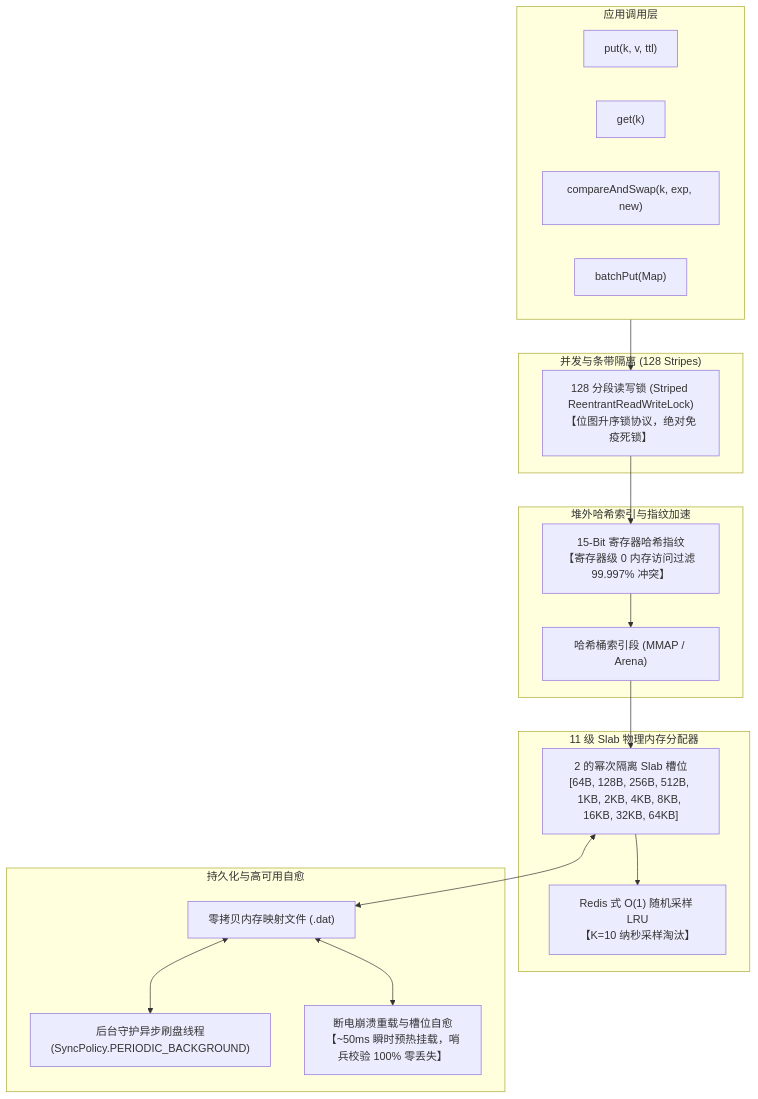
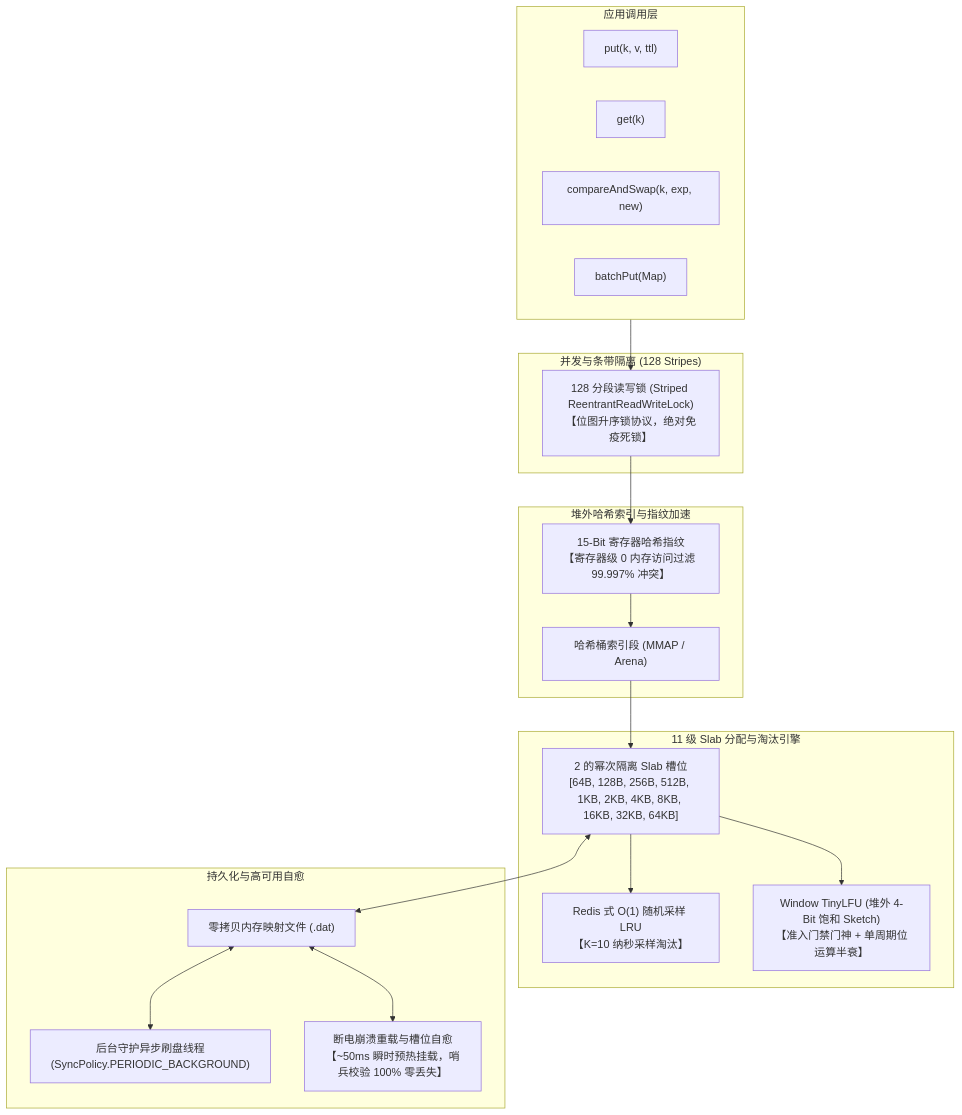
One commit to liam1024-tech/offheap-store changed the diagram in README_CN.md. Above: the diagram before and after it, drawn with Mermaid. The commit also changed other lines of this file and 9 other files, not shown here.

First line of the commit message:
feat: integrate Caffeine Window TinyLFU eviction & off-heap 4-bit sketch v1.2.0

````diff
--- a/README_CN.md
+++ b/README_CN.md
@@ -35,38 +36,40 @@
 ```mermaid
 flowchart TD
     subgraph Client ["应用调用层"]
         Put["put(k, v, ttl)"]
         Get["get(k)"]
         CAS["compareAndSwap(k, exp, new)"]
         Batch["batchPut(Map<k,v>)"]
     end
 
     subgraph Concurrency ["并发与条带隔离 (128 Stripes)"]
         Stripes["128 分段读写锁 (Striped ReentrantReadWriteLock)\n【位图升序锁协议，绝对免疫死锁】"]
     end
 
     subgraph Index ["堆外哈希索引与指纹加速"]
         Buckets["哈希桶索引段 (MMAP / Arena)"]
         FP["15-Bit 寄存器哈希指纹\n【寄存器级 0 内存访问过滤 99.997% 冲突】"]
     end
 
-    subgraph Allocator ["11 级 Slab 物理内存分配器"]
+    subgraph Allocator ["11 级 Slab 分配与淘汰引擎"]
         Slabs["2 的幂次隔离 Slab 槽位\n[64B, 128B, 256B, 512B, 1KB, 2KB, 4KB, 8KB, 16KB, 32KB, 64KB]"]
         LRU["Redis 式 O(1) 随机采样 LRU\n【K=10 纳秒采样淘汰】"]
+        TinyLFU["Window TinyLFU (堆外 4-Bit 饱和 Sketch)\n【准入门禁门神 + 单周期位运算半衰】"]
     end
 
     subgraph Persistence ["持久化与高可用自愈"]
         MMAP["零拷贝内存映射文件 (.dat)"]
         Flusher["后台守护异步刷盘线程\n(SyncPolicy.PERIODIC_BACKGROUND)"]
         Recovery["断电崩溃重载与槽位自愈\n【~50ms 瞬时预热挂载，哨兵校验 100% 零丢失】"]
     end
 
     Client --> Stripes
     Stripes --> FP
     FP --> Buckets
     Buckets --> Slabs
     Slabs --> LRU
+    Slabs --> TinyLFU
     Slabs <--> MMAP
     MMAP <--> Flusher
     MMAP <--> Recovery
 ```
````
